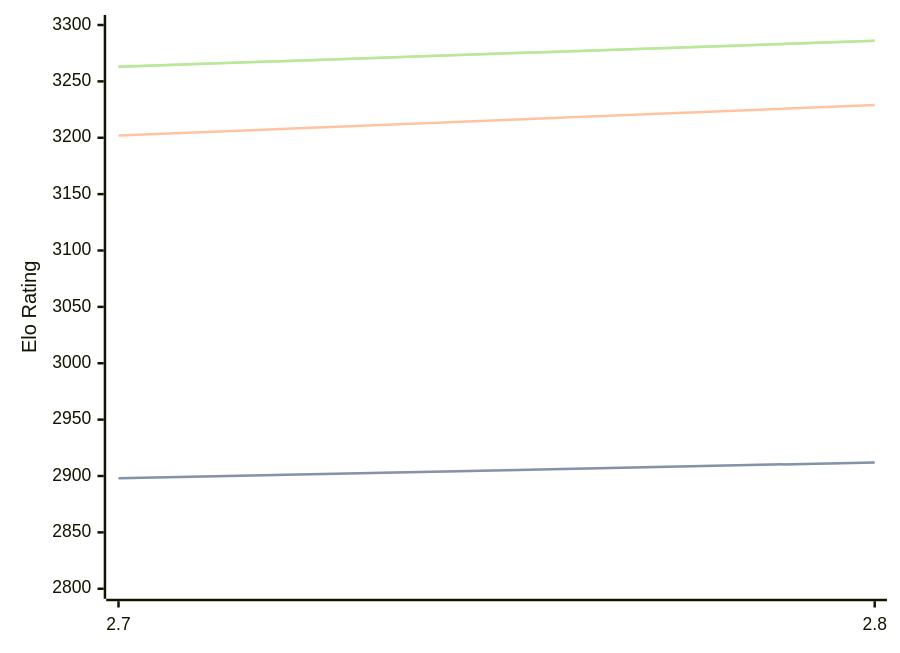
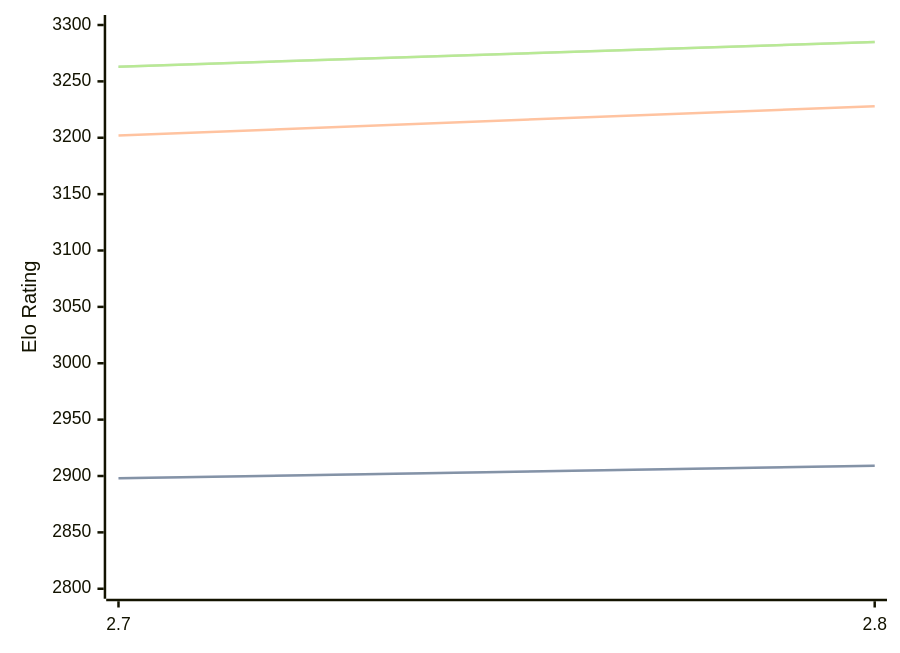
Before and after one commit to computer-chess-index/cci: the diagram in engines/Arcanum.md, drawn with Mermaid. The commit also changed other lines of this file, not shown here.

Commit message:
Update CCI Ratings (ELO VLTC) - 2026-09-03

````diff
--- a/engines/Arcanum.md
+++ b/engines/Arcanum.md
@@ -32,11 +32,11 @@
 ```mermaid
 %%{init: {"theme":"base","themeVariables":{"seriesColors:['#a3a3a3','#222221','#faa371']}}}%%
 xychart-beta
   x-axis ["2.7", "2.8"]
   y-axis "Elo Rating" 2800 --> 3300
-  line "" [2898, 2912]
-  line "STC (8.0+0.08s)" [2898, 2912]
-  line "LTC (60.0+0.60s)" [3202, 3229]
-  line "" [3263, 3286]
-  line "VLTC (2m24s+1.12s)" [3263, 3286]
+  line "" [2898, 2909]
+  line "STC (8.0+0.08s)" [2898, 2909]
+  line "LTC (60.0+0.60s)" [3202, 3228]
+  line "" [3263, 3285]
+  line "VLTC (2m24s+1.12s)" [3263, 3285]
 ```
````
